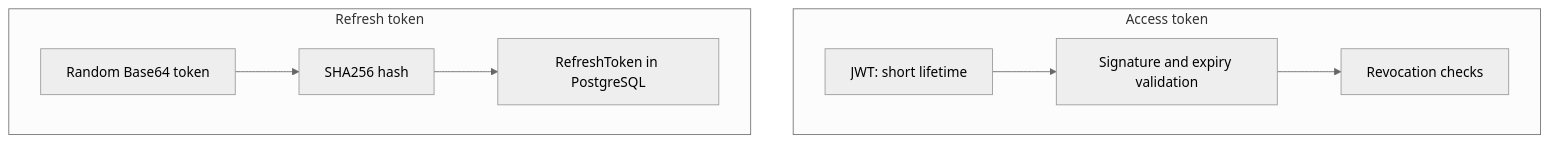
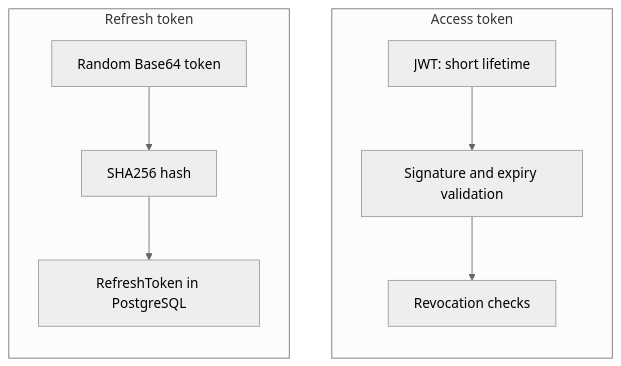
Before and after one commit to mhasabalah/StarterKit: the first of 6 diagrams in wiki/Identity/jwt/JWT-AUTH-TECHNICAL-GUIDE.md, drawn with Mermaid (neutral theme). The commit also changed other lines of this file and 152 other files, not shown here.

Commit message:
feat(docs): add Fumadocs V2 and standardize diagrams

````diff
--- a/wiki/Identity/jwt/JWT-AUTH-TECHNICAL-GUIDE.md
+++ b/wiki/Identity/jwt/JWT-AUTH-TECHNICAL-GUIDE.md
@@ -24,11 +24,18 @@
 ```mermaid
 flowchart TB
+  accTitle: Access and refresh tokens
+  accDescr: Access tokens authorize requests while persisted refresh-token hashes support session rotation.
   subgraph Access[Access token]
+    direction TB
     A[JWT: short lifetime] --> V[Signature and expiry validation]
     V --> R[Revocation checks]
   end
   subgraph Refresh[Refresh token]
+    direction TB
     T[Random Base64 token] --> H[SHA256 hash]
     H --> D[RefreshToken in PostgreSQL]
   end
+  class A,V,R api
+  class T,H infrastructure
+  class D data
 ```
````
